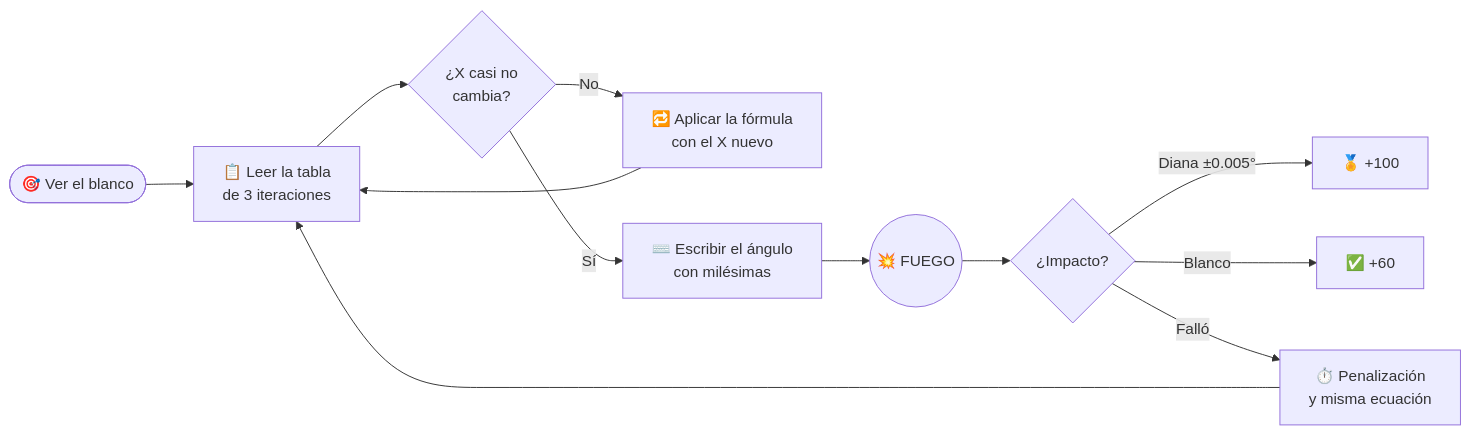
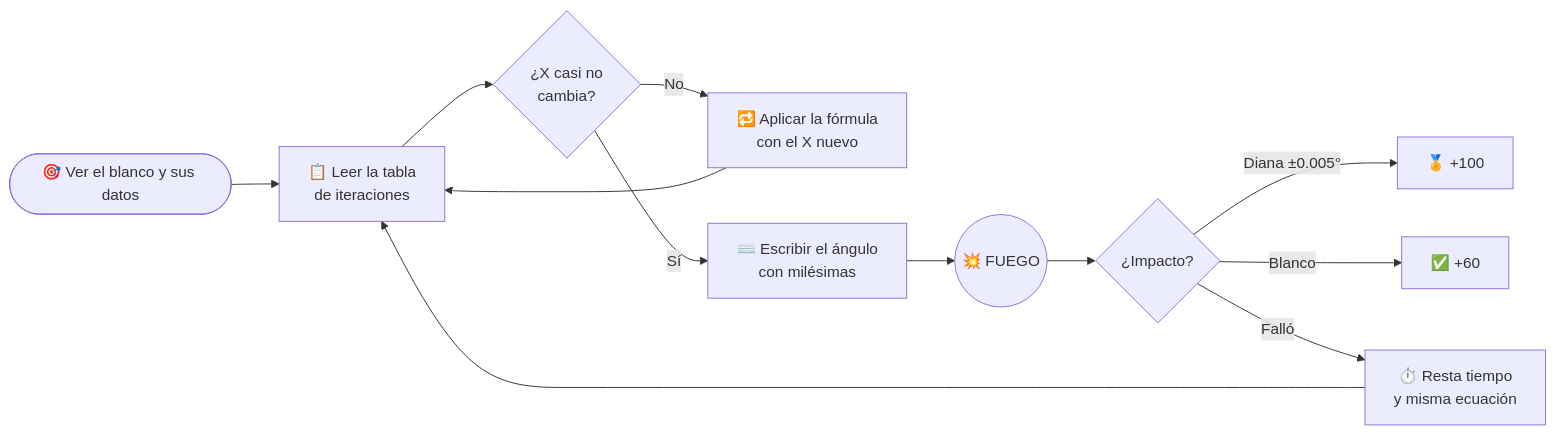
The diagram in README.md (19Yisus22/WEB_Artillery_Calculation_2026), drawn with Mermaid before and after one commit. The commit also changed other lines of this file and 3 other files, not shown here.

````diff
--- a/README.md
+++ b/README.md
@@ -49,14 +38,14 @@
 ```mermaid
 flowchart LR
-    A([🎯 Ver el blanco]) --> B[📋 Leer la tabla<br/>de 3 iteraciones]
+    A([🎯 Ver el blanco y sus datos]) --> B[📋 Leer la tabla<br/>de iteraciones]
     B --> C{¿X casi no<br/>cambia?}
     C -- No --> D[🔁 Aplicar la fórmula<br/>con el X nuevo]
     D --> B
     C -- Sí --> E[⌨️ Escribir el ángulo<br/>con milésimas]
     E --> F((💥 FUEGO))
     F --> G{¿Impacto?}
     G -- Diana ±0.005° --> H[🏅 +100]
     G -- Blanco --> I[✅ +60]
-    G -- Falló --> J[⏱️ Penalización<br/>y misma ecuación]
+    G -- Falló --> J[⏱️ Resta tiempo<br/>y misma ecuación]
     J --> B
 ```
````
